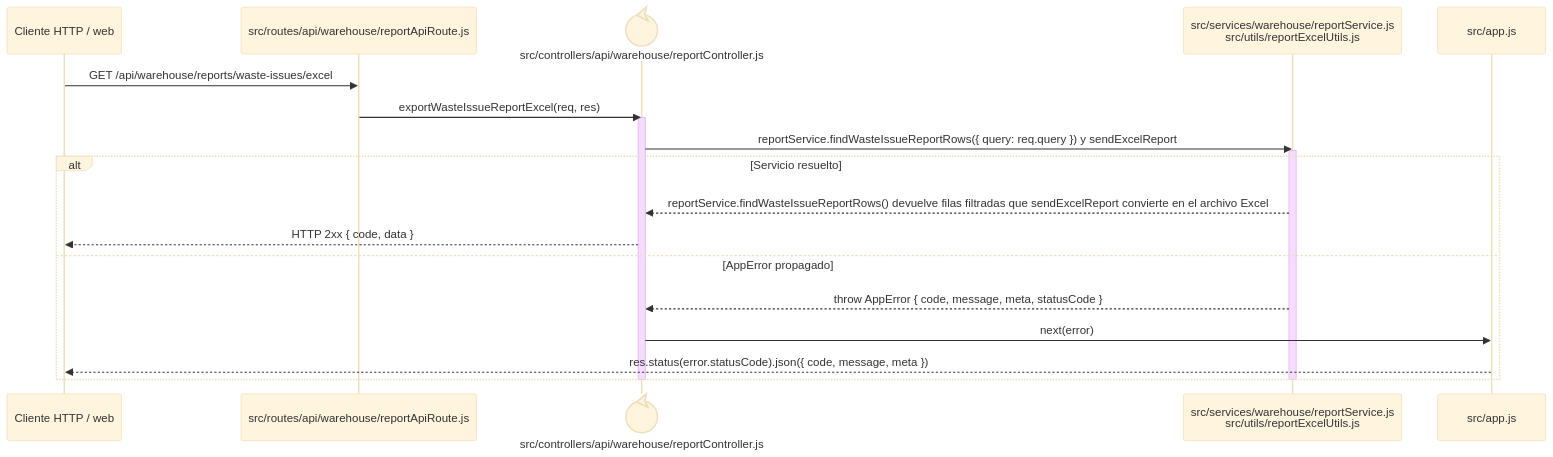
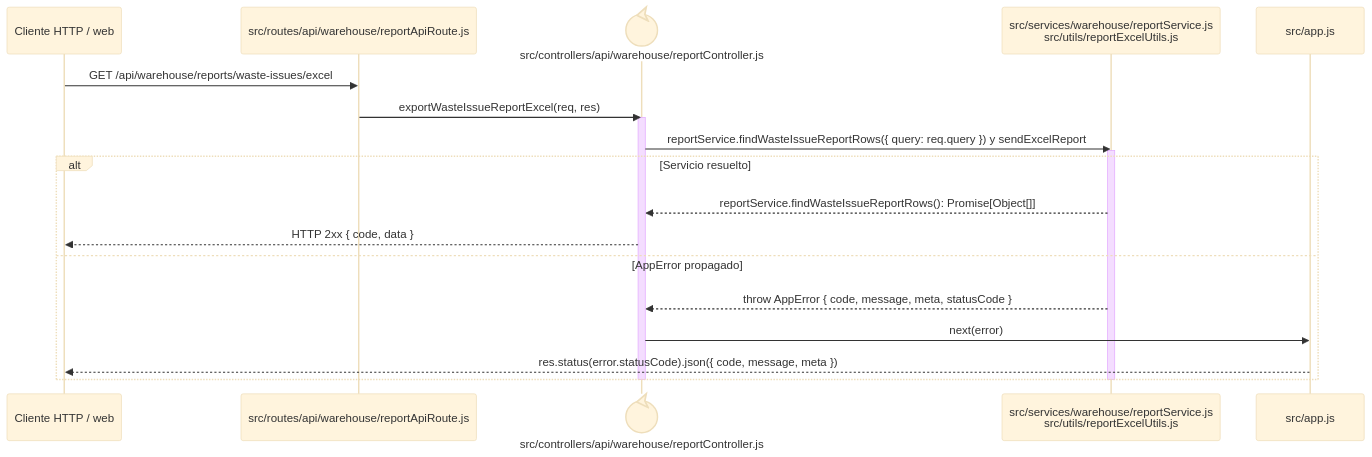
Before and after one commit to gpgsistemas01/nexus: the diagram in docs/architecture/backend-code-sequences/issues/cu-sal-14.md, drawn with Mermaid (base theme). The commit also changed 146 other files, not shown here.

````diff
--- a/docs/architecture/backend-code-sequences/issues/cu-sal-14.md
+++ b/docs/architecture/backend-code-sequences/issues/cu-sal-14.md
@@ -6,24 +6,24 @@
 ```mermaid
 sequenceDiagram
     participant Client as Cliente HTTP / web
     participant Route as src/routes/api/warehouse/reportApiRoute.js
     participant Controller@{ "type": "control" } as src/controllers/api/warehouse/reportController.js
     participant Domain as src/services/warehouse/reportService.js<br/>src/utils/reportExcelUtils.js
     participant ErrorHandler as src/app.js
 
     Client->>Route: GET /api/warehouse/reports/waste-issues/excel
     Route->>Controller: exportWasteIssueReportExcel(req, res)
     activate Controller
     Controller->>Domain: reportService.findWasteIssueReportRows({ query: req.query }) y sendExcelReport
     activate Domain
     alt Servicio resuelto
-        Domain-->>Controller: reportService.findWasteIssueReportRows() devuelve filas filtradas que sendExcelReport convierte en el archivo Excel
+        Domain-->>Controller: reportService.findWasteIssueReportRows(): Promise[Object[]]
         Controller-->>Client: HTTP 2xx { code, data }
     else AppError propagado
         Domain-->>Controller: throw AppError { code, message, meta, statusCode }
         Controller->>ErrorHandler: next(error)
         ErrorHandler-->>Client: res.status(error.statusCode).json({ code, message, meta })
     end
     deactivate Domain
     deactivate Controller
 ```
````
